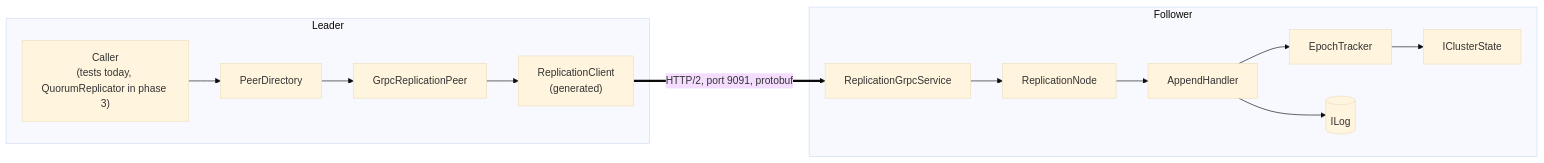
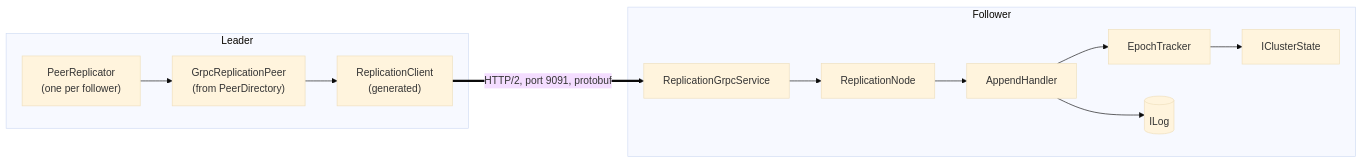
The second of 2 diagrams in docs/replication-code-guide.md (paulisuden/K0sStreams), drawn with Mermaid (base theme) before and after one commit. The commit also changed other lines of this file and 21 other files, not shown here.

````diff
--- a/docs/replication-code-guide.md
+++ b/docs/replication-code-guide.md
@@ -139,16 +151,15 @@
 ```mermaid
 flowchart LR
     subgraph L["Leader"]
-        Q["Caller<br/>(tests today, QuorumReplicator in phase 3)"] --> PD["PeerDirectory"]
-        PD --> GP["GrpcReplicationPeer"]
+        Q["PeerReplicator<br/>(one per follower)"] --> GP["GrpcReplicationPeer<br/>(from PeerDirectory)"]
         GP --> RC["ReplicationClient<br/>(generated)"]
     end
     subgraph F["Follower"]
         GS["ReplicationGrpcService"] --> RN["ReplicationNode"]
         RN --> AH["AppendHandler"]
         AH --> ET["EpochTracker"]
         AH --> LOG[("ILog")]
         ET --> CS["IClusterState"]
     end
     RC == "HTTP/2, port 9091, protobuf" ==> GS
 ```
````
